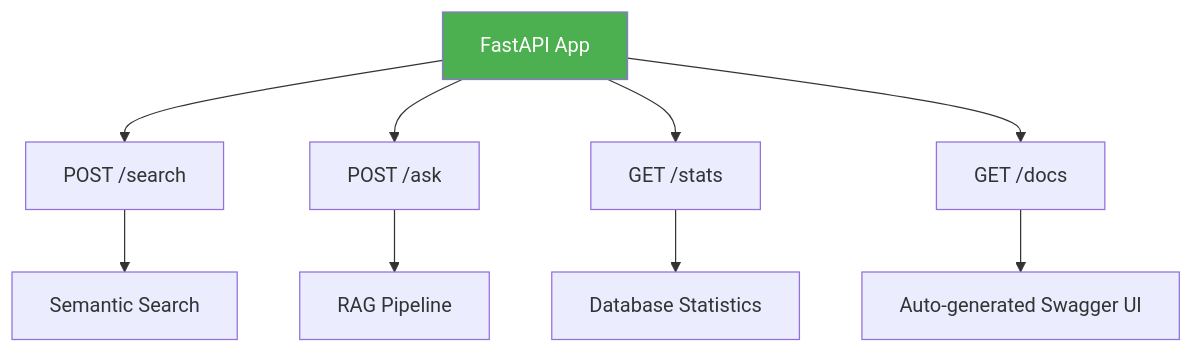
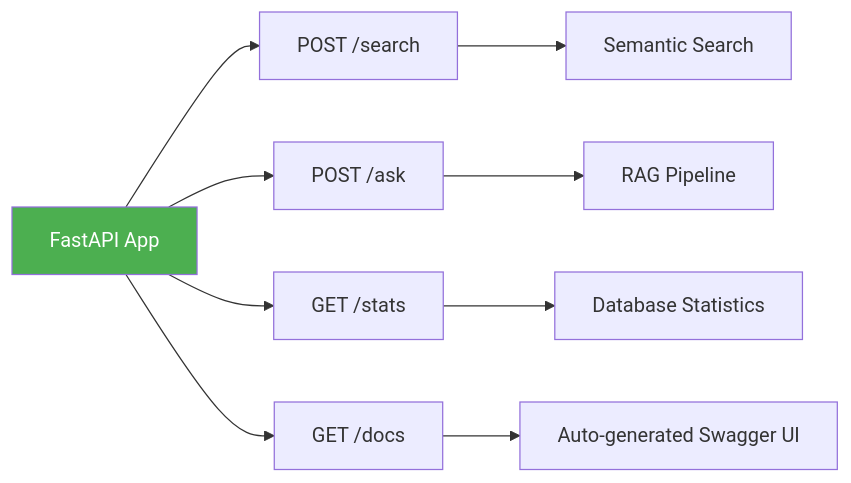
One commit to Furba2/Obsidian changed the seventh of 7 diagrams in Vector_db/Chapter_8.md. Above: the diagram before and after it, drawn with Mermaid. The commit also changed other lines of this file and 11 other files, not shown here.

````diff
--- a/Vector_db/Chapter_8.md
+++ b/Vector_db/Chapter_8.md
@@ -284,14 +261,14 @@
 ```mermaid
-graph TD
+graph LR
     A[FastAPI App] --> B[POST /search]
     A --> C[POST /ask]
     A --> D[GET /stats]
     A --> E[GET /docs]
     
     B --> F[Semantic Search]
     C --> G[RAG Pipeline]
     D --> H[Database Statistics]
     E --> I[Auto-generated Swagger UI]
     
     style A fill:#4CAF50,color:white
 ```
````
